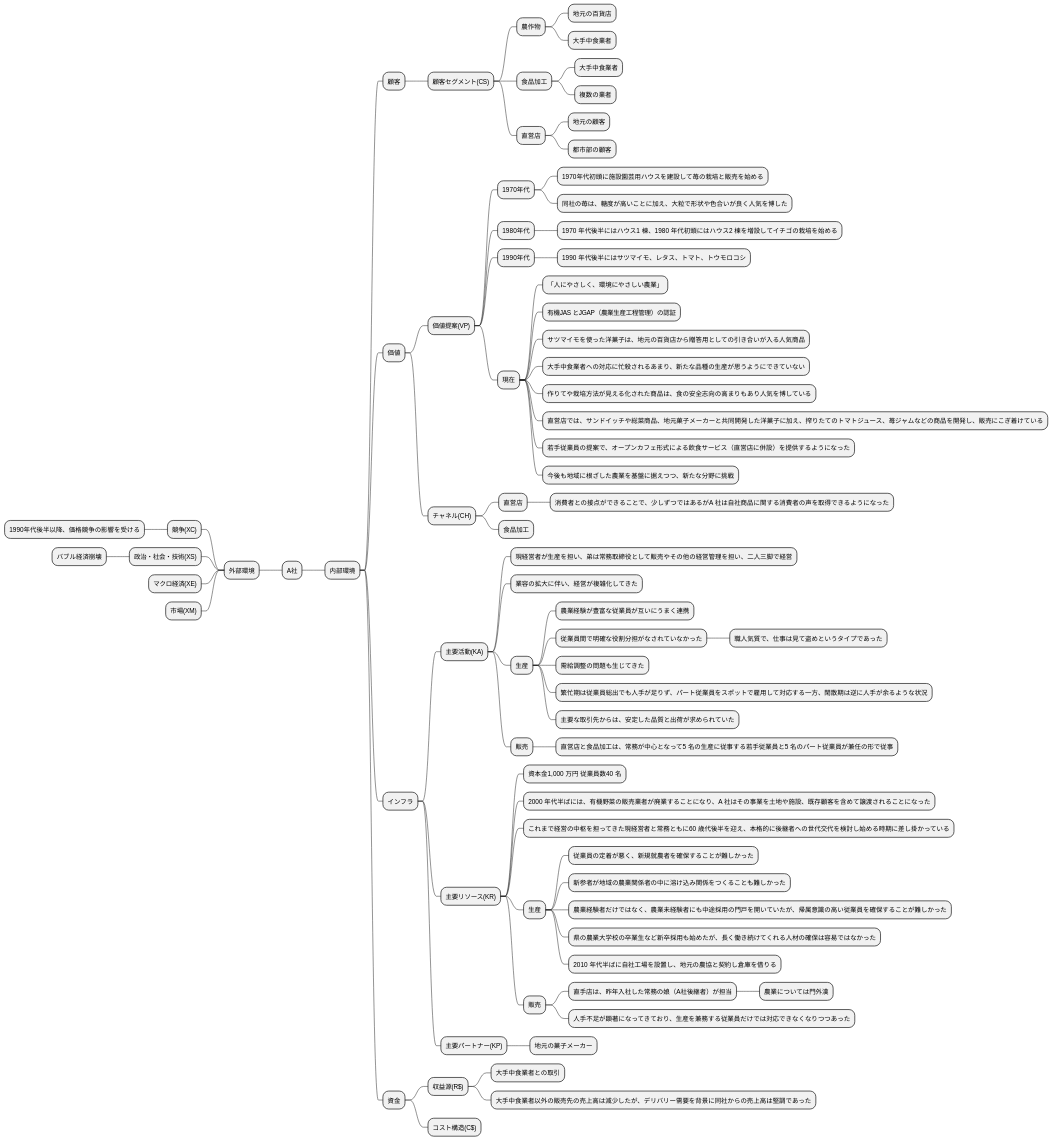
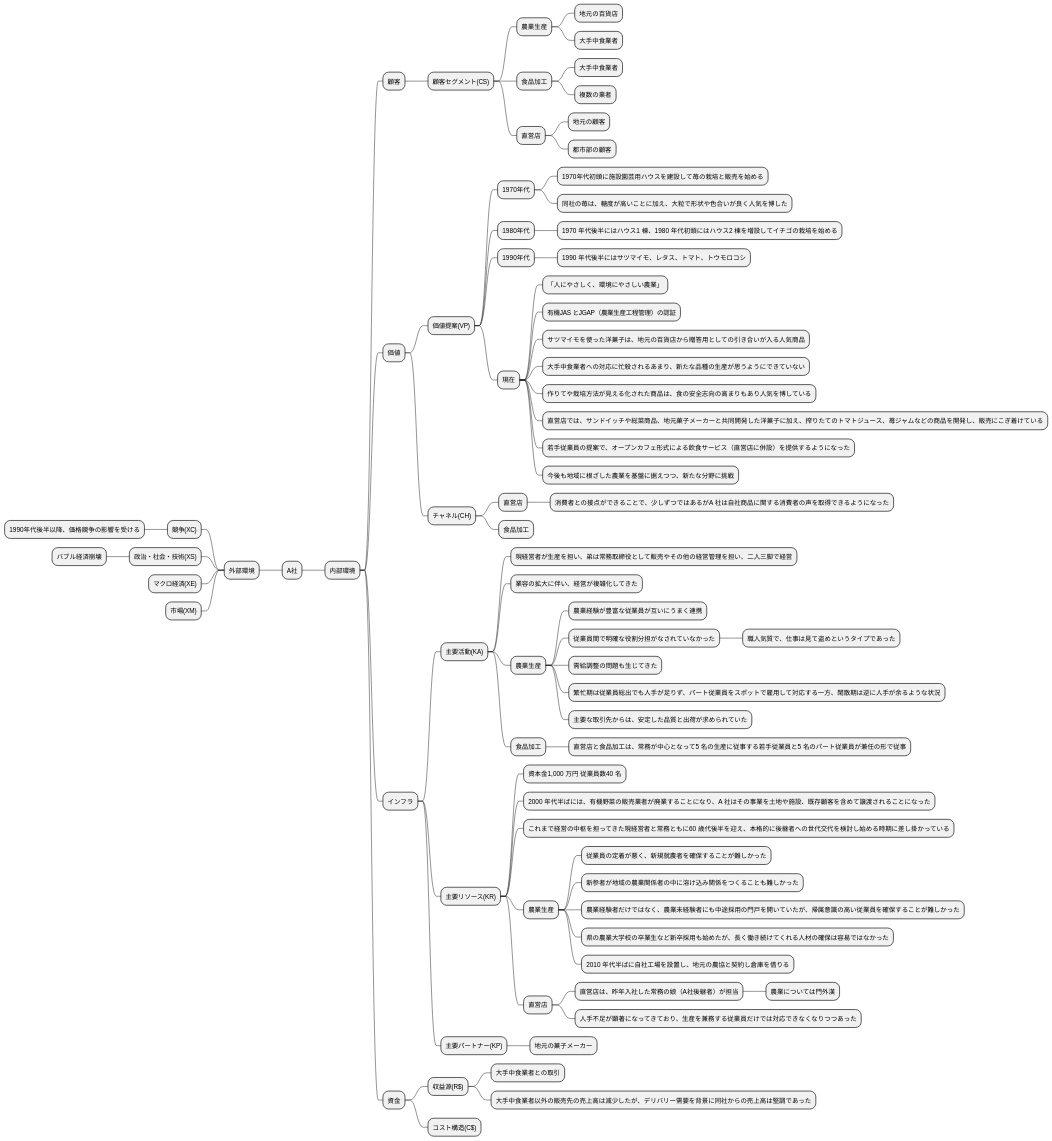
The second of 15 diagrams in docs/case/r04_case_1.adoc (k2works/case-sutudy-business-analysis), drawn with PlantUML before and after one commit. The commit also changed other lines of this file, not shown here.

```diff
--- a/docs/case/r04_case_1.adoc
+++ b/docs/case/r04_case_1.adoc
@@ -63,83 +62,83 @@
 [plantuml]
 ----
 @startmindmap
 
 * A社
 -- 外部環境
 --- 競争(XC)
 ---- 1990年代後半以降、価格競争の影響を受ける
 --- 政治・社会・技術(XS)
 ---- バブル経済崩壊
 --- マクロ経済(XE)
 --- 市場(XM)
 ** 内部環境
 *** 顧客
 **** 顧客セグメント(CS)
-***** 農作物
+***** 農業生産
 ****** 地元の百貨店
 ****** 大手中食業者
 ***** 食品加工
 ****** 大手中食業者
 ****** 複数の業者
 ***** 直営店
 ****** 地元の顧客
 ****** 都市部の顧客
 *** 価値
 **** 価値提案(VP)
 ***** 1970年代
 ****** 1970年代初頭に施設園芸用ハウスを建設して苺の栽培と販売を始める
 ****** 同社の苺は、糖度が高いことに加え、大粒で形状や色合いが良く人気を博した
 ***** 1980年代
 ****** 1970 年代後半にはハウス1 棟、1980 年代初頭にはハウス2 棟を増設してイチゴの栽培を始める
 ***** 1990年代
 ****** 1990 年代後半にはサツマイモ、レタス、トマト、トウモロコシ
 ***** 現在
 ****** 「人にやさしく、環境にやさしい農業」
 ****** 有機JAS とJGAP（農業生産工程管理）の認証
 ****** サツマイモを使った洋菓子は、地元の百貨店から贈答用としての引き合いが入る人気商品
 ****** 大手中食業者への対応に忙殺されるあまり、新たな品種の生産が思うようにできていない
 ****** 作りてや栽培方法が見える化された商品は、食の安全志向の高まりもあり人気を博している
 ****** 直営店では、サンドイッチや総菜商品、地元菓子メーカーと共同開発した洋菓子に加え、搾りたてのトマトジュース、苺ジャムなどの商品を開発し、販売にこぎ着けている
 ****** 若手従業員の提案で、オープンカフェ形式による飲食サービス（直営店に併設）を提供するようになった
 ****** 今後も地域に根ざした農業を基盤に据えつつ、新たな分野に挑戦
 **** チャネル(CH)
 ***** 直営店
 ****** 消費者との接点ができることで、少しずつではあるがA 社は自社商品に関する消費者の声を取得できるようになった
 ***** 食品加工
 *** インフラ
 **** 主要活動(KA)
 ***** 現経営者が生産を担い、弟は常務取締役として販売やその他の経営管理を担い、二人三脚で経営
 ***** 業容の拡大に伴い、経営が複雑化してきた
-***** 生産
+***** 農業生産
 ****** 農業経験が豊富な従業員が互いにうまく連携
 ****** 従業員間で明確な役割分担がなされていなかった
 ******* 職人気質で、仕事は見て盗めというタイプであった
 ****** 需給調整の問題も生じてきた
 ****** 繁忙期は従業員総出でも人手が足りず、パート従業員をスポットで雇用して対応する一方、閑散期は逆に人手が余るような状況
 ****** 主要な取引先からは、安定した品質と出荷が求められていた
-***** 販売
+***** 食品加工
 ****** 直営店と食品加工は、常務が中心となって5 名の生産に従事する若手従業員と5 名のパート従業員が兼任の形で従事
 **** 主要リソース(KR)
 ***** 資本金1,000 万円 従業員数40 名
 ***** 2000 年代半ばには、有機野菜の販売業者が廃業することになり、A 社はその事業を土地や施設、既存顧客を含めて譲渡されることになった
 ***** これまで経営の中枢を担ってきた現経営者と常務ともに60 歳代後半を迎え、本格的に後継者への世代交代を検討し始める時期に差し掛かっている
-***** 生産
+***** 農業生産
 ****** 従業員の定着が悪く、新規就農者を確保することが難しかった
 ****** 新参者が地域の農業関係者の中に溶け込み関係をつくることも難しかった
 ****** 農業経験者だけではなく、農業未経験者にも中途採用の門戸を開いていたが、帰属意識の高い従業員を確保することが難しかった
 ****** 県の農業大学校の卒業生など新卒採用も始めたが、長く働き続けてくれる人材の確保は容易ではなかった
 ****** 2010 年代半ばに自社工場を設置し、地元の農協と契約し倉庫を借りる
-***** 販売
-****** 直手店は、昨年入社した常務の娘（A社後継者）が担当
+***** 直営店
+****** 直営店は、昨年入社した常務の娘（A社後継者）が担当
 ******* 農業については門外漢
 ****** 人手不足が顕著になってきており、生産を兼務する従業員だけでは対応できなくなりつつあった
 **** 主要パートナー(KP)
 ***** 地元の菓子メーカー
 *** 資金
 **** 収益源(R$)
 ***** 大手中食業者との取引
 ***** 大手中食業者以外の販売先の売上高は減少したが、デリバリー需要を背景に同社からの売上高は堅調であった
 **** コスト構造(C$)
 
 @endmindmap
 ----
```
